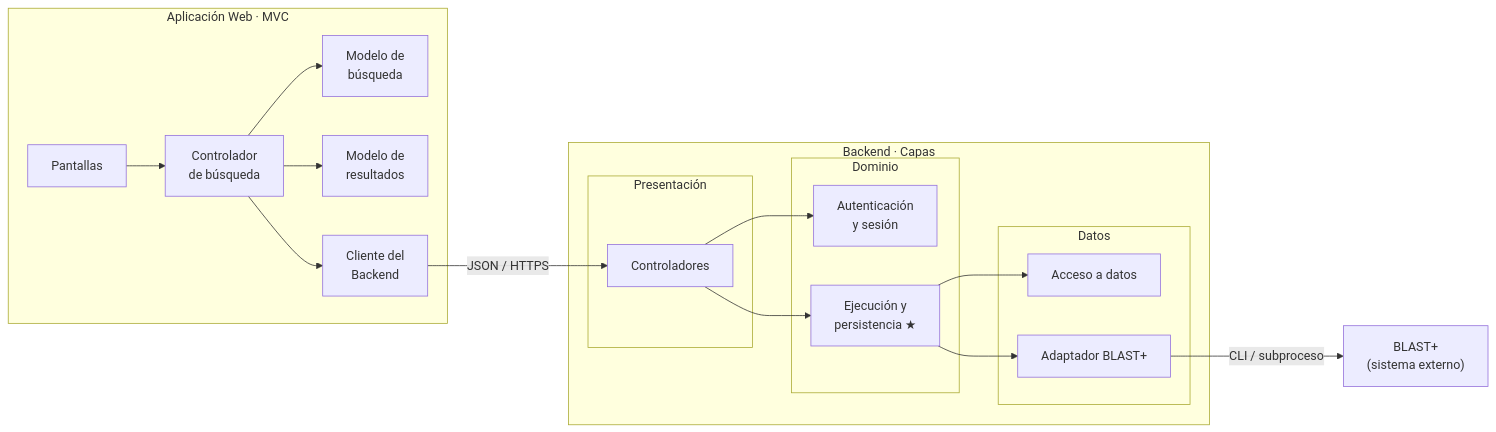
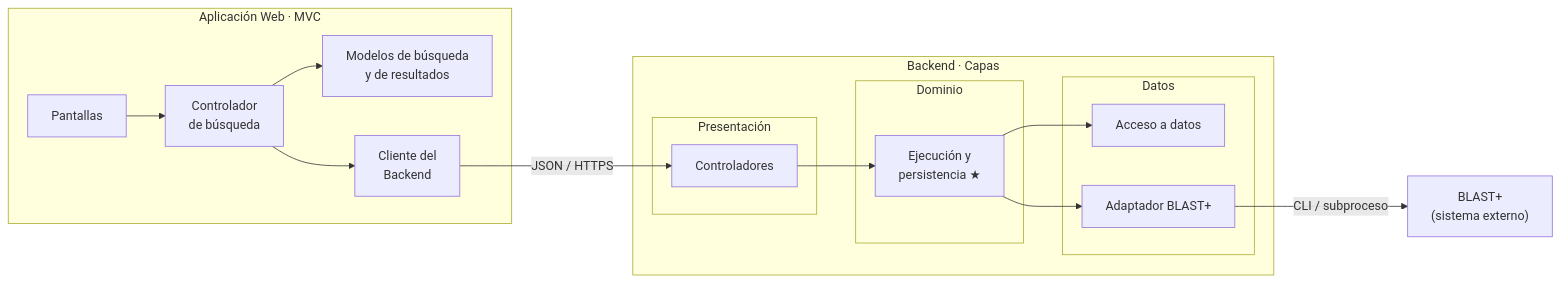
Before and after one commit to agwursten/Secondary-Repo-GUI-Blast: the first of 6 diagrams in docs/design/diseno-detallado.md, drawn with Mermaid. The commit also changed other lines of this file and 2 other files, not shown here.

````diff
--- a/docs/design/diseno-detallado.md
+++ b/docs/design/diseno-detallado.md
@@ -87,34 +88,30 @@
 ```mermaid
 flowchart LR
     subgraph web["Aplicación Web · MVC"]
         pan["Pantallas"]
         cb["Controlador<br/>de búsqueda"]
-        mb["Modelo de<br/>búsqueda"]
-        mr["Modelo de<br/>resultados"]
+        mod["Modelos de búsqueda<br/>y de resultados"]
         cli["Cliente del<br/>Backend"]
     end
     subgraph be["Backend · Capas"]
         subgraph pres["Presentación"]
             ctrl["Controladores"]
         end
         subgraph dom["Dominio"]
-            auth["Autenticación<br/>y sesión"]
             eje["Ejecución y<br/>persistencia ★"]
         end
         subgraph dat["Datos"]
             acc["Acceso a datos"]
             ada["Adaptador BLAST+"]
         end
     end
     blast["BLAST+<br/>(sistema externo)"]
 
     pan --> cb --> cli
-    cb --> mb
-    cb --> mr
+    cb --> mod
     cli -->|JSON / HTTPS| ctrl
-    ctrl --> auth
     ctrl --> eje
+    eje --> ada
     eje --> acc
-    eje --> ada
     ada -->|CLI / subproceso| blast
 ```
````
